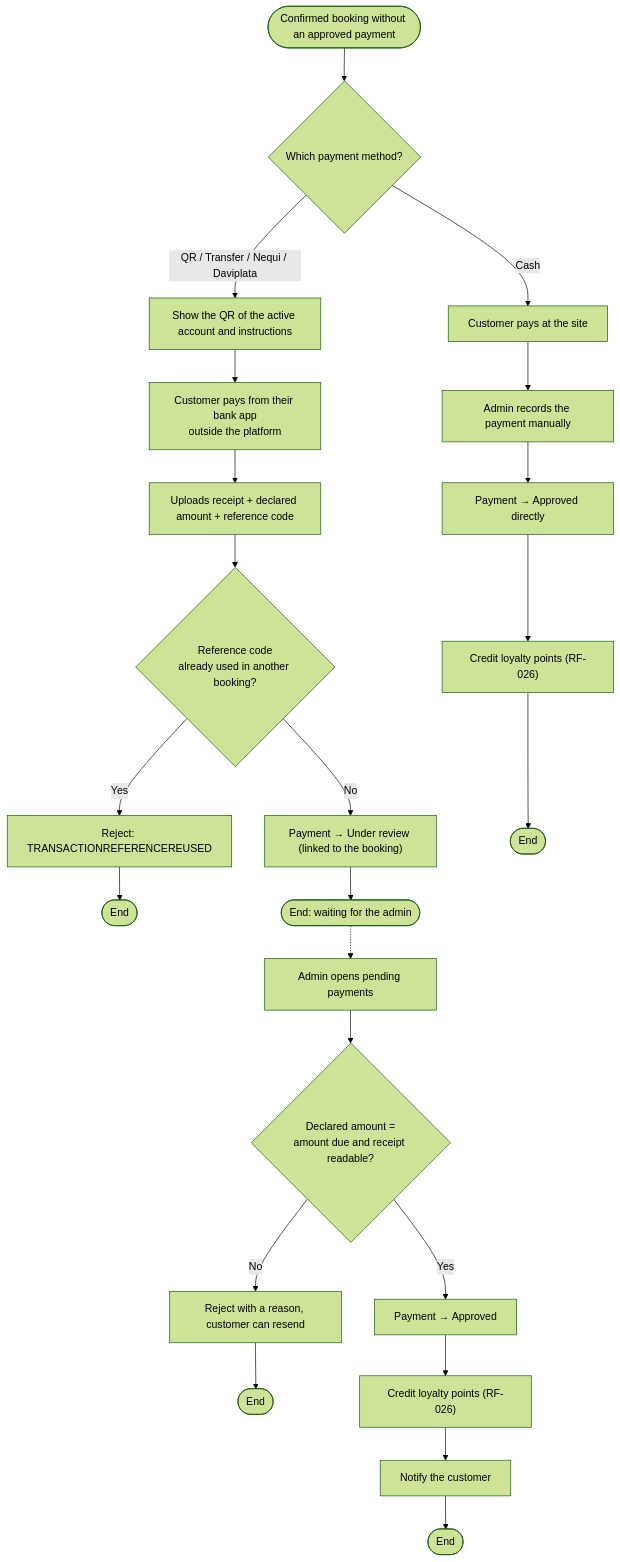
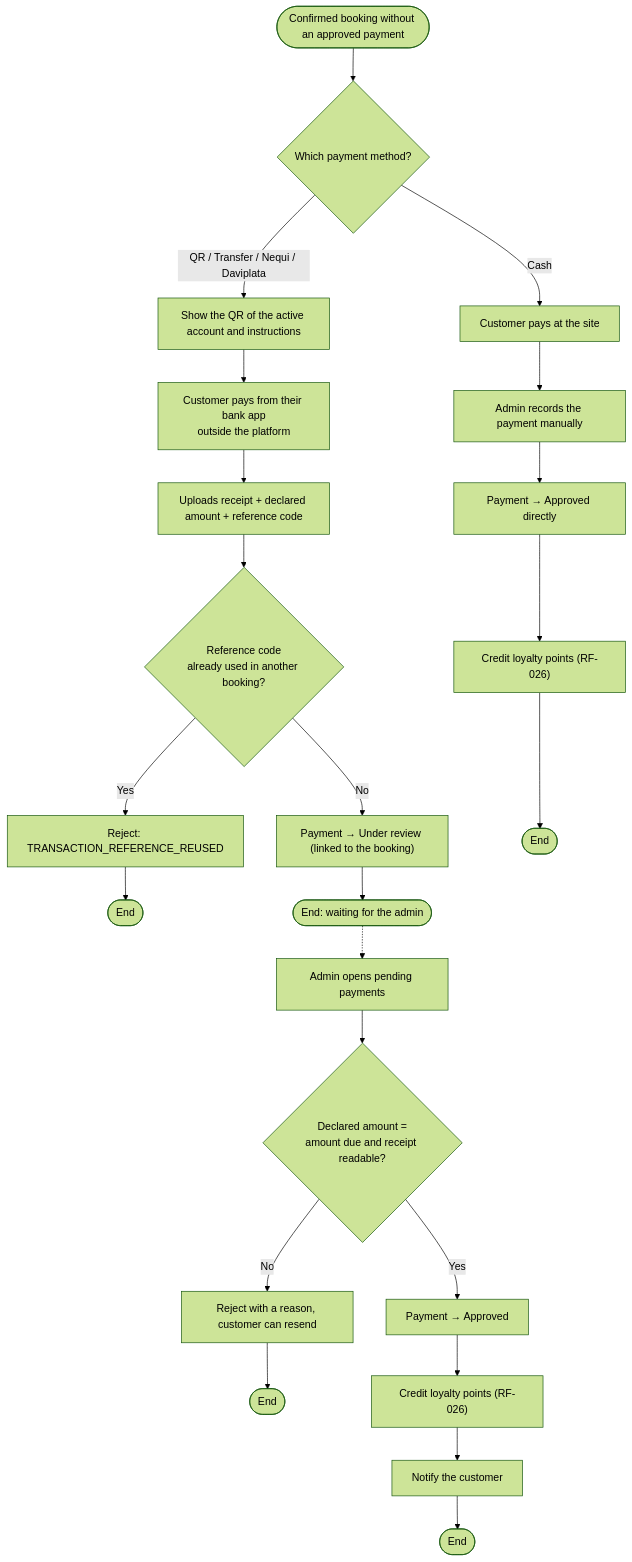
One commit to BrayanCABRERA123/lavarapido-docs changed diagram 15 of 21 in 02-analisis-vistas-dinamicas/EN/dynamic-views-analysis.md. Above: the diagram before and after it, drawn with Mermaid (forest theme). The commit also changed 3 other files, not shown here.

Commit message:
docs: fix table count, error code and audit schema owner

````diff
--- a/02-analisis-vistas-dinamicas/EN/dynamic-views-analysis.md
+++ b/02-analisis-vistas-dinamicas/EN/dynamic-views-analysis.md
@@ -578,28 +578,28 @@
 ```mermaid
 flowchart TD
     start([Confirmed booking without an approved payment]) --> method{Which payment method?}
 
     method -->|QR / Transfer / Nequi / Daviplata| showqr[Show the QR of the active account and instructions]
     showqr --> extpay[Customer pays from their bank app<br/>outside the platform]
     extpay --> upload[Uploads receipt + declared amount + reference code]
     upload --> dup{Reference code<br/>already used in another booking?}
-    dup -->|Yes| rejectref[Reject: TRANSACTIONREFERENCEREUSED]
+    dup -->|Yes| rejectref[Reject: TRANSACTION_REFERENCE_REUSED]
     rejectref --> stop1([End])
     dup -->|No| inreview["Payment → Under review (linked to the booking)"]
     inreview --> stop2([End: waiting for the admin])
 
     method -->|Cash| cash[Customer pays at the site]
     cash --> register[Admin records the payment manually]
     register --> approved1["Payment → Approved directly"]
     approved1 --> points1["Credit loyalty points (RF-026)"]
     points1 --> stop3([End])
 
     stop2 -.-> review[Admin opens pending payments]
     review --> compare{Declared amount =<br/>amount due and receipt readable?}
     compare -->|No| reject[Reject with a reason, customer can resend]
     reject --> stop4([End])
     compare -->|Yes| approve["Payment → Approved"]
     approve --> points2["Credit loyalty points (RF-026)"]
     points2 --> notifyc[Notify the customer]
     notifyc --> stop5([End])
 ```
````
